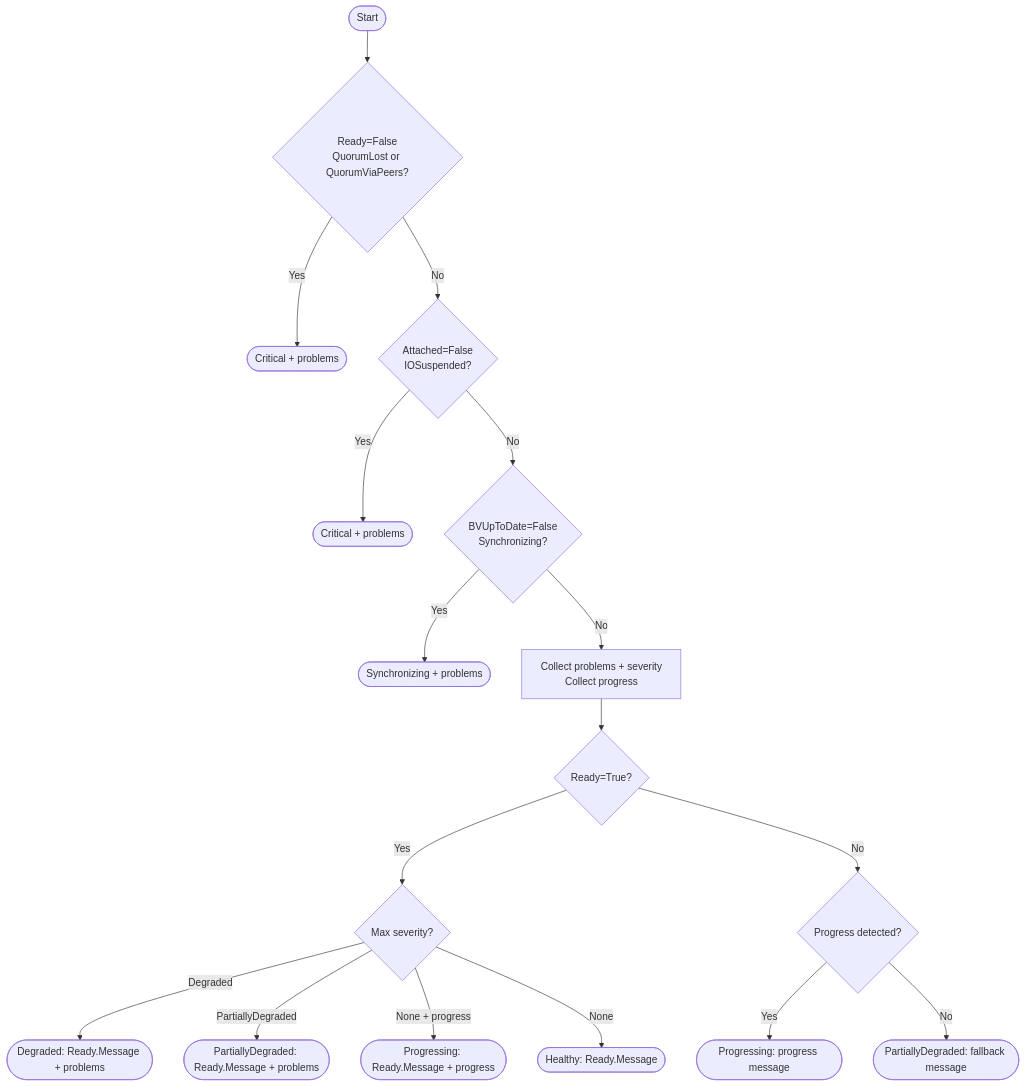
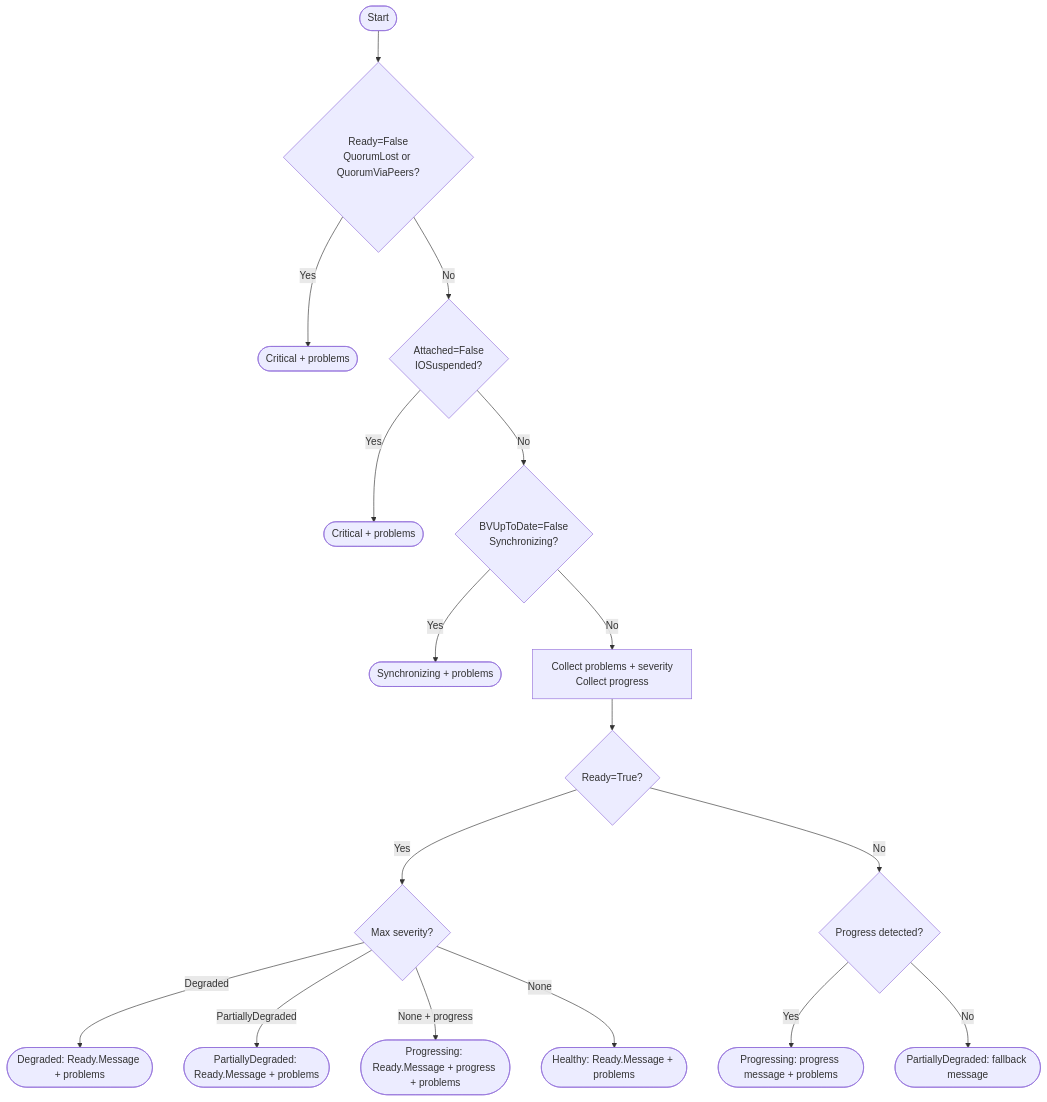
Before and after one commit to deckhouse/sds-replicated-volume: the fourth of 17 diagrams in images/controller/internal/controllers/rvr_controller/README.md, drawn with Mermaid. The commit also changed other lines of this file and 2 other files, not shown here.

````diff
--- a/images/controller/internal/controllers/rvr_controller/README.md
+++ b/images/controller/internal/controllers/rvr_controller/README.md
@@ -693,24 +693,24 @@
 ```mermaid
 flowchart TD
     Start([Start]) --> CheckQuorum{Ready=False<br/>QuorumLost or QuorumViaPeers?}
     CheckQuorum -->|Yes| Critical1([Critical + problems])
 
     CheckQuorum -->|No| CheckIO{Attached=False<br/>IOSuspended?}
     CheckIO -->|Yes| Critical2([Critical + problems])
 
     CheckIO -->|No| CheckSync{BVUpToDate=False<br/>Synchronizing?}
     CheckSync -->|Yes| Synchronizing([Synchronizing + problems])
 
     CheckSync -->|No| Collect["Collect problems + severity<br/>Collect progress"]
     Collect --> CheckReady{Ready=True?}
 
     CheckReady -->|Yes| EvalHealth{Max severity?}
     EvalHealth -->|Degraded| Degraded(["Degraded: Ready.Message + problems"])
     EvalHealth -->|PartiallyDegraded| PartDeg(["PartiallyDegraded: Ready.Message + problems"])
-    EvalHealth -->|None + progress| Progressing(["Progressing: Ready.Message + progress"])
-    EvalHealth -->|None| Healthy(["Healthy: Ready.Message"])
+    EvalHealth -->|None + progress| Progressing(["Progressing: Ready.Message + progress + problems"])
+    EvalHealth -->|None| Healthy(["Healthy: Ready.Message + problems"])
 
     CheckReady -->|No| CheckProgress{Progress detected?}
-    CheckProgress -->|Yes| ProgressFallback(["Progressing: progress message"])
+    CheckProgress -->|Yes| ProgressFallback(["Progressing: progress message + problems"])
     CheckProgress -->|No| MemberFallback(["PartiallyDegraded: fallback message"])
 ```
````
